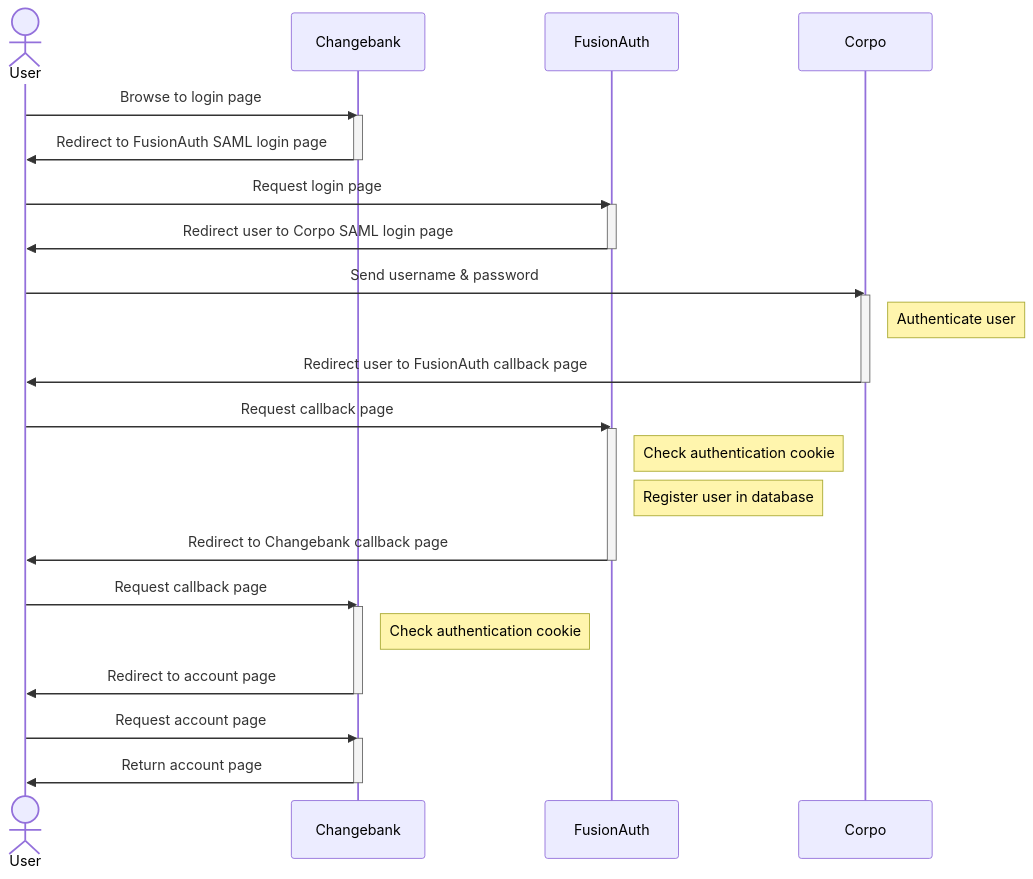
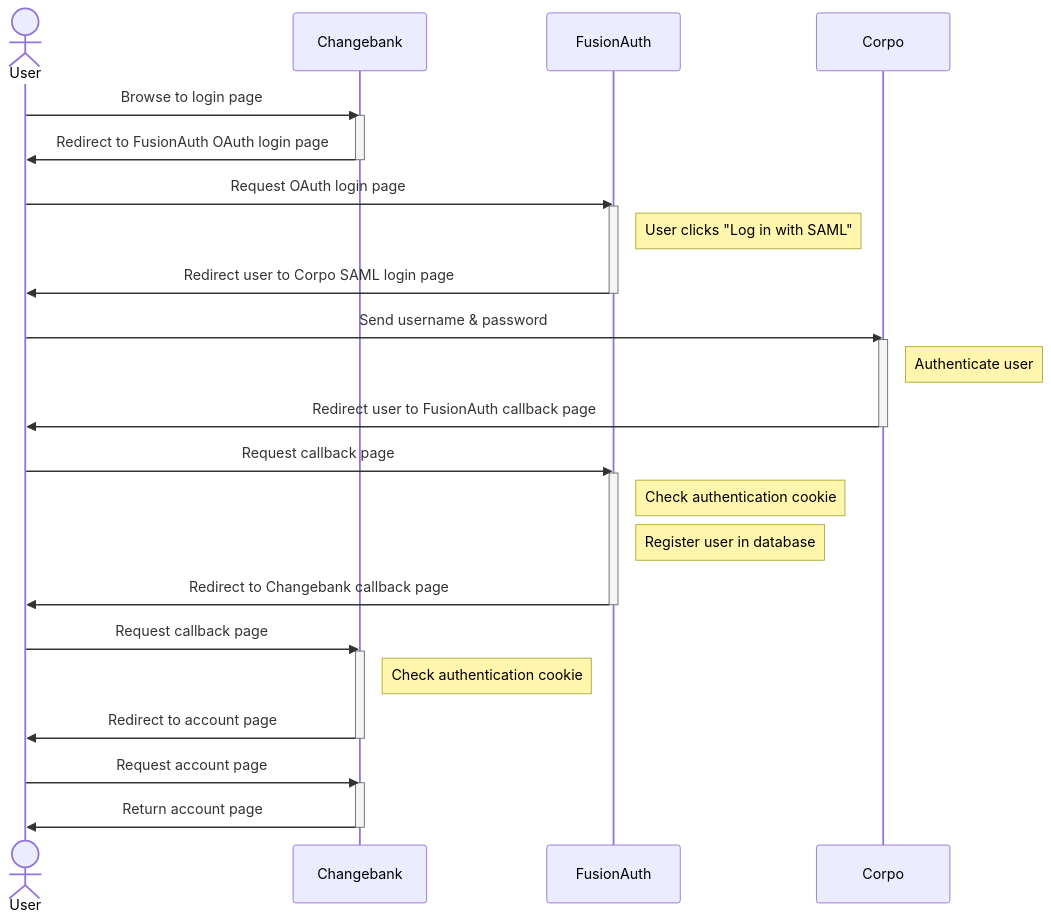
Before and after one commit to FusionAuth/fusionauth-site: the third of 3 diagrams in astro/src/content/docs/lifecycle/examples/authenticate-users-with-saml.mdx, drawn with Mermaid. The commit also changed other lines of this file and 3 other files, not shown here.

````diff
--- a/astro/src/content/docs/lifecycle/examples/authenticate-users-with-saml.mdx
+++ b/astro/src/content/docs/lifecycle/examples/authenticate-users-with-saml.mdx
@@ -91,38 +91,39 @@
 ```mermaid
 sequenceDiagram
   actor User
 
   User->>Changebank: Browse to login page
   activate Changebank
-  Changebank->>User: Redirect to FusionAuth SAML login page
+  Changebank->>User: Redirect to FusionAuth OAuth login page
   deactivate Changebank
 
-  User->>FusionAuth: Request login page
+  User->>FusionAuth: Request OAuth login page
   activate FusionAuth
+  Note right of FusionAuth: User clicks "Log in with SAML"
   FusionAuth->>User: Redirect user to Corpo SAML login page
   deactivate FusionAuth
 
   User->>Corpo: Send username & password
   activate Corpo
   Note right of Corpo: Authenticate user
   Corpo->>User: Redirect user to FusionAuth callback page
   deactivate Corpo
 
   User->>FusionAuth: Request callback page
   activate FusionAuth
   Note right of FusionAuth: Check authentication cookie
   Note right of FusionAuth: Register user in database
   FusionAuth->>User: Redirect to Changebank callback page
   deactivate FusionAuth
 
   User->>Changebank: Request callback page
   activate Changebank
   Note right of Changebank: Check authentication cookie
   Changebank->>User: Redirect to account page
   deactivate Changebank
 
   User->>Changebank: Request account page
   activate Changebank
   Changebank->>User: Return account page
   deactivate Changebank
 ```
````
